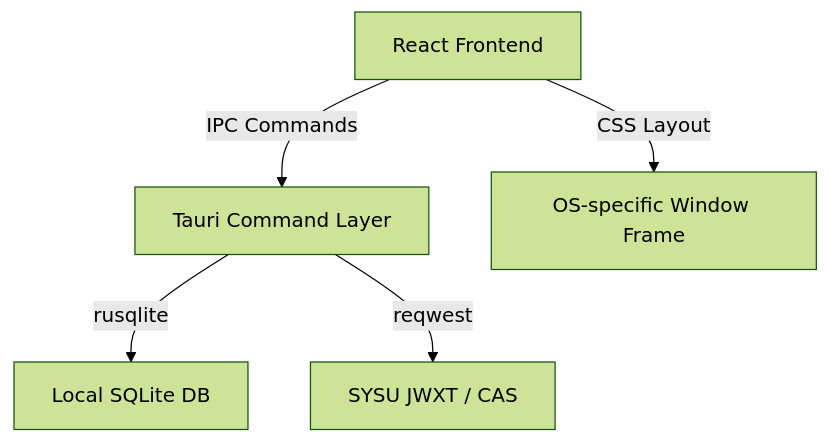
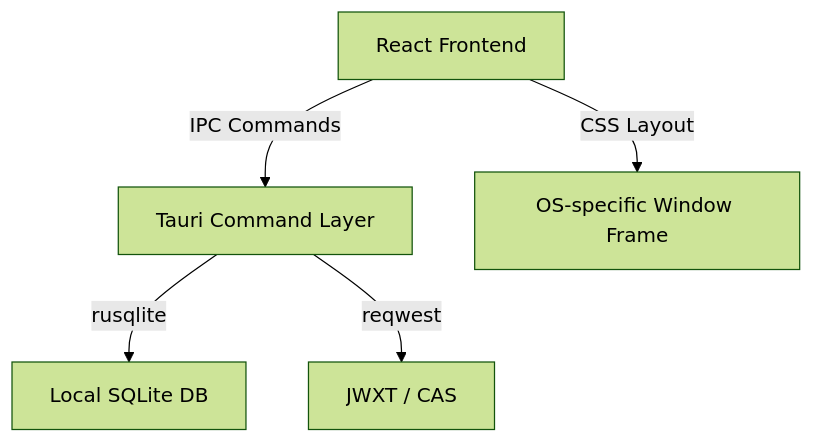
The diagram in docs/implementation-plan.md (Railgun-wiki/Grade-Desk), drawn with Mermaid (forest theme) before and after one commit. The commit also changed other lines of this file and 5 other files, not shown here.

````diff
--- a/docs/implementation-plan.md
+++ b/docs/implementation-plan.md
@@ -17,7 +21,7 @@
 ```mermaid
 graph TD
     A[React Frontend] -->|IPC Commands| B[Tauri Command Layer]
     B -->|rusqlite| C[Local SQLite DB]
-    B -->|reqwest| D[SYSU JWXT / CAS]
+    B -->|reqwest| D[JWXT / CAS]
     A -->|CSS Layout| E[OS-specific Window Frame]
 ```
````
